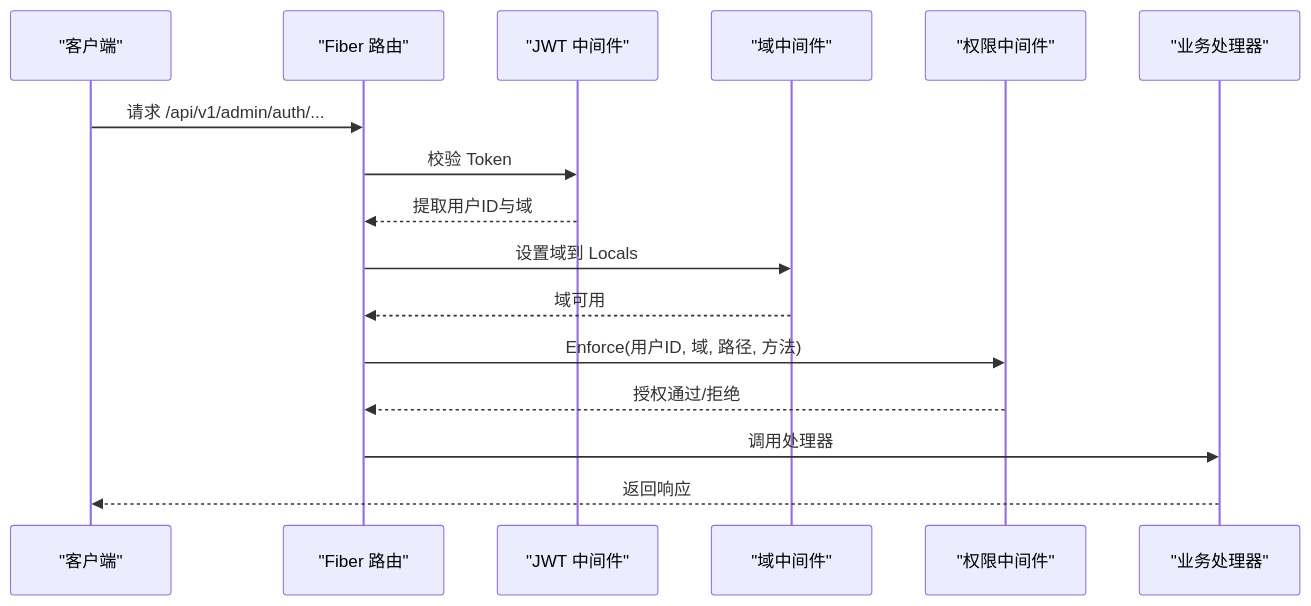
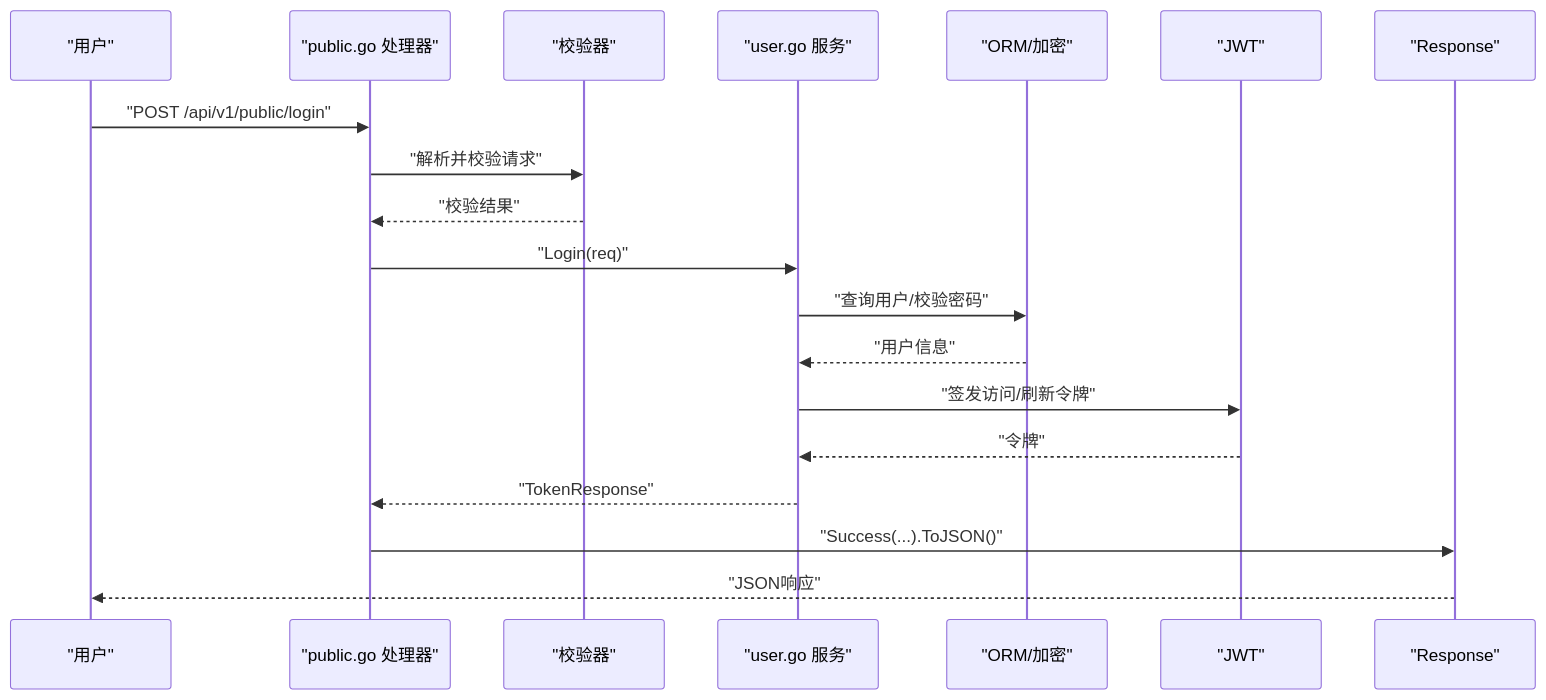
One commit to wuwuseo/e-sports-go-admin changed the sixth of 8 diagrams in .qoder/repowiki/zh/content/开发指南/开发指南.md. Above: the diagram before and after it, drawn with Mermaid. The commit also changed other lines of this file and 115 other files, not shown here.

````diff
--- a/.qoder/repowiki/zh/content/开发指南/开发指南.md
+++ b/.qoder/repowiki/zh/content/开发指南/开发指南.md
@@ -175,18 +220,21 @@
 ```mermaid
 sequenceDiagram
-participant Client as "客户端"
-participant Fiber as "Fiber 路由"
-participant JWT as "JWT 中间件"
-participant Domain as "域中间件"
-participant Perm as "权限中间件"
-participant Handler as "业务处理器"
-Client->>Fiber : 请求 /api/v1/admin/auth/...
-Fiber->>JWT : 校验 Token
-JWT-->>Fiber : 提取用户ID与域
-Fiber->>Domain : 设置域到 Locals
-Domain-->>Fiber : 域可用
-Fiber->>Perm : Enforce(用户ID, 域, 路径, 方法)
-Perm-->>Fiber : 授权通过/拒绝
-Fiber->>Handler : 调用处理器
-Handler-->>Client : 返回响应
+participant U as "用户"
+participant H as "public.go 处理器"
+participant V as "校验器"
+participant S as "user.go 服务"
+participant O as "ORM/加密"
+participant J as "JWT"
+participant R as "Response"
+U->>H : "POST /api/v1/public/login"
+H->>V : "解析并校验请求"
+V-->>H : "校验结果"
+H->>S : "Login(req)"
+S->>O : "查询用户/校验密码"
+O-->>S : "用户信息"
+S->>J : "签发访问/刷新令牌"
+J-->>S : "令牌"
+S-->>H : "TokenResponse"
+H->>R : "Success(...).ToJSON()"
+R-->>U : "JSON响应"
 ```
````
